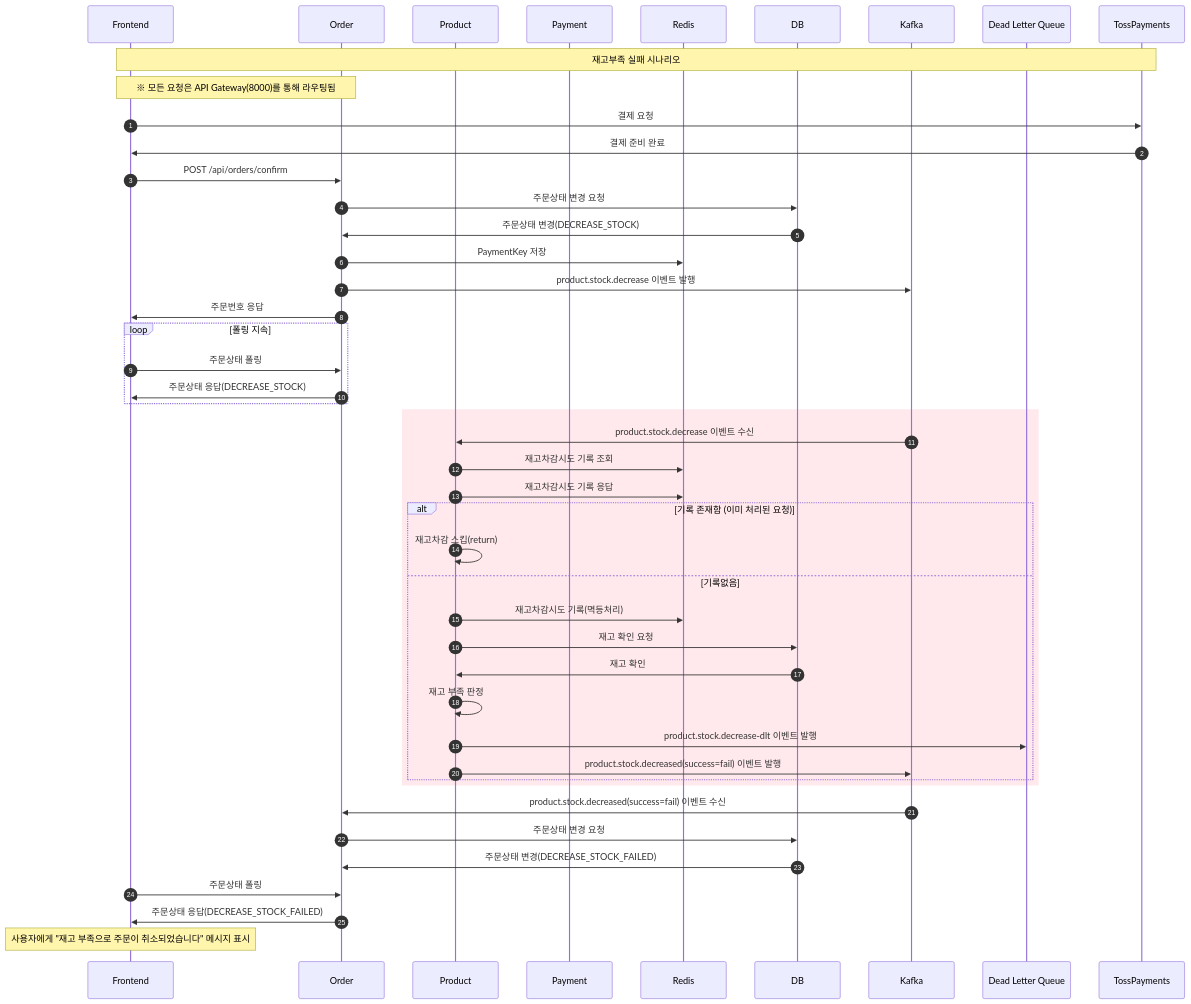
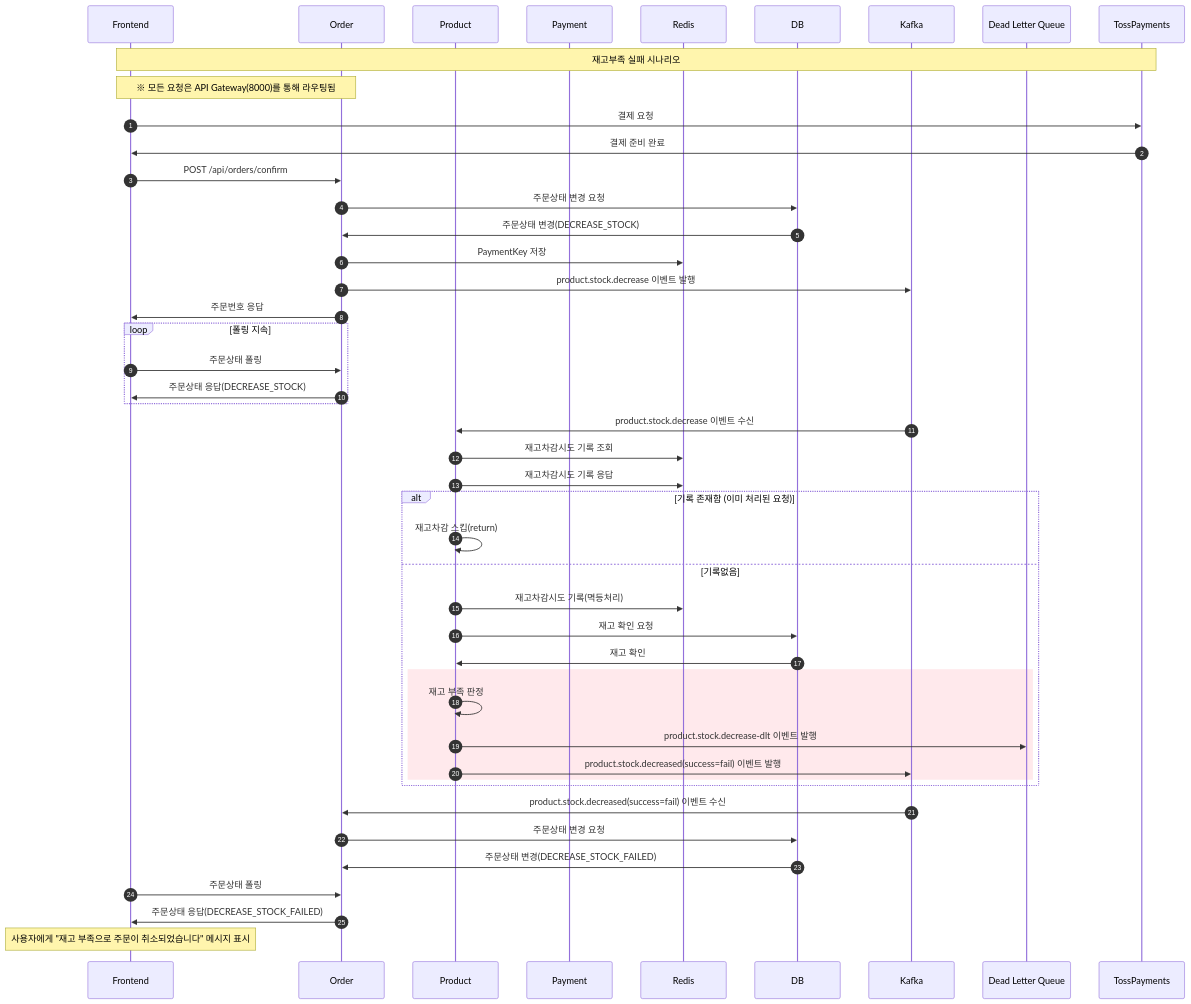
One commit to hana0627/i-love-pet changed the fourth of 5 diagrams in readMe.md. Above: the diagram before and after it, drawn with Mermaid. The commit also changed other lines of this file, not shown here.

````diff
--- a/readMe.md
+++ b/readMe.md
@@ -374,58 +374,59 @@
 ```mermaid
 sequenceDiagram autonumber
     participant Frontend
     participant Order
     participant Product
     participant Payment
     participant Redis
     participant DB
     participant Kafka
     participant DLQ as Dead Letter Queue
     participant TossPayments
 
     Note over Frontend,TossPayments: 재고부족 실패 시나리오
     Note over Frontend,Order: ※ 모든 요청은 API Gateway(8000)를 통해 라우팅됨
 
     Frontend->>TossPayments: 결제 요청
     TossPayments->>Frontend: 결제 준비 완료
 
 
     Frontend->>Order: POST /api/orders/confirm
     Order->>DB: 주문상태 변경 요청
     DB->>Order: 주문상태 변경(DECREASE_STOCK)
     Order->>Redis: PaymentKey 저장
     Order->>Kafka: product.stock.decrease 이벤트 발행
     Order->>Frontend: 주문번호 응답
     
     loop 폴링 지속
         Frontend->>Order: 주문상태 폴링
         Order->>Frontend: 주문상태 응답(DECREASE_STOCK)
     end
 
-    rect rgba(255, 182, 193, 0.3)
-        Kafka->>Product: product.stock.decrease 이벤트 수신
+    Kafka->>Product: product.stock.decrease 이벤트 수신
+    
+    Product->>Redis: 재고차감시도 기록 조회
+    Product->>Redis: 재고차감시도 기록 응답
+    
+    alt 기록 존재함 (이미 처리된 요청)
+        Product->>Product: 재고차감 스킵(return)
+    else 기록없음 
+        Product->>Redis: 재고차감시도 기록(멱등처리)
+        Product->>DB: 재고 확인 요청
+        DB->>Product: 재고 확인
         
-        Product->>Redis: 재고차감시도 기록 조회
-        Product->>Redis: 재고차감시도 기록 응답
-        
-        alt 기록 존재함 (이미 처리된 요청)
-            Product->>Product: 재고차감 스킵(return)
-        else 기록없음 
-            Product->>Redis: 재고차감시도 기록(멱등처리)
-            Product->>DB: 재고 확인 요청
-            DB->>Product: 재고 확인
+        rect rgba(255, 182, 193, 0.3)
             Product->>Product: 재고 부족 판정
             Product->>DLQ: product.stock.decrease-dlt 이벤트 발행
             Product->>Kafka: product.stock.decreased(success=fail) 이벤트 발행
         end
     end
 
     Kafka->>Order: product.stock.decreased(success=fail) 이벤트 수신
     Order->>DB: 주문상태 변경 요청
     DB->>Order: 주문상태 변경(DECREASE_STOCK_FAILED)
 
     Frontend->>Order: 주문상태 폴링
     Order->>Frontend: 주문상태 응답(DECREASE_STOCK_FAILED)
     
     Note over Frontend: 사용자에게 "재고 부족으로 주문이 취소되었습니다" 메시지 표시
 ```
````
